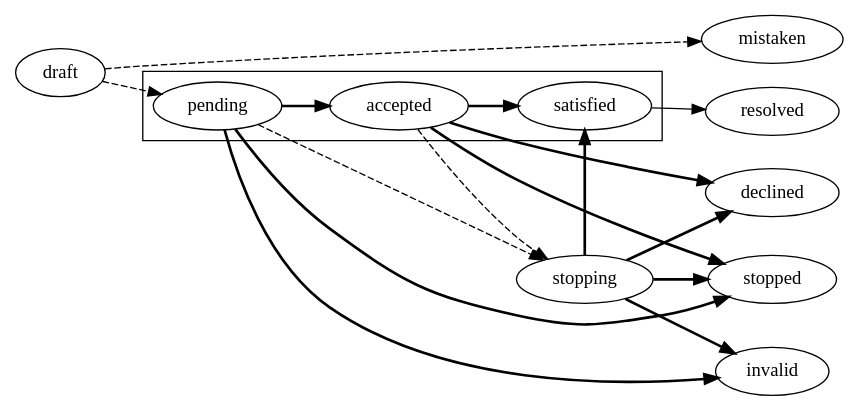
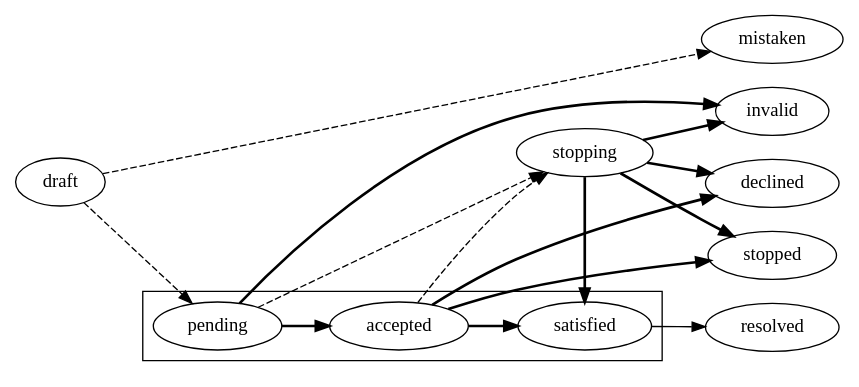
One commit to ProzorroUKR/openprocurement.api changed the third of 3 diagrams in docs/source/tendering/basic-actions/complaints.rst. Above: the diagram before and after it, drawn with Graphviz.

```diff
--- a/docs/source/tendering/basic-actions/complaints.rst
+++ b/docs/source/tendering/basic-actions/complaints.rst
@@ -190,18 +190,18 @@
 .. graphviz::
 
     digraph G {
         rankdir=LR;
         {rank=same; mistaken; invalid; resolved; declined; stopped;}
         subgraph cluster_complaint {
             pending; satisfied; accepted;
         }
         satisfied -> resolved;
         edge[style=dashed];
         draft -> {pending,mistaken};
         pending -> stopping;
         accepted -> stopping;
         edge[style=bold];
         accepted -> {declined,satisfied,stopped};
-        pending -> {accepted,invalid,stopped};
+        pending -> {accepted,invalid};
         stopping -> {stopped,invalid,declined,satisfied};
     }
```
